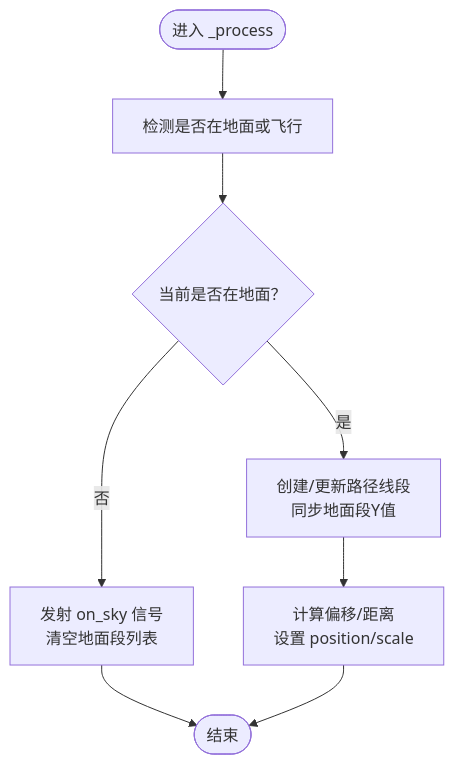
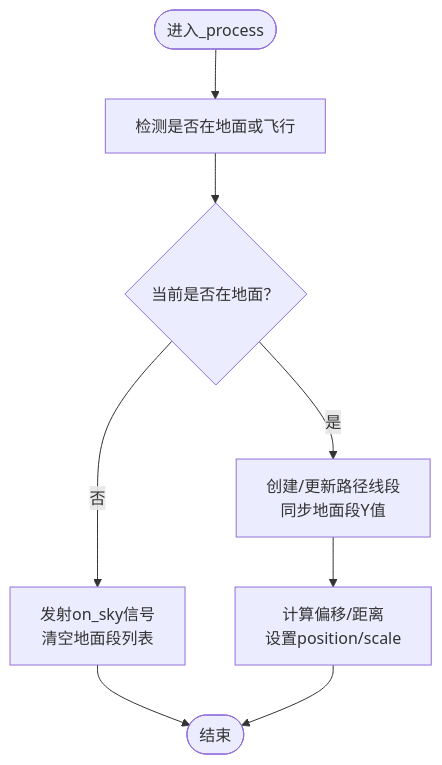
The fourth of 6 diagrams in .qoder/repowiki/zh/content/游戏系统/路径生成系统.md (godotline/godot-line), drawn with Mermaid before and after one commit. The commit also changed other lines of this file and 17 other files, not shown here.

````diff
--- a/.qoder/repowiki/zh/content/游戏系统/路径生成系统.md
+++ b/.qoder/repowiki/zh/content/游戏系统/路径生成系统.md
@@ -192,10 +201,10 @@
 ```mermaid
 flowchart TD
-Start(["进入 _process"]) --> CheckOnFloor["检测是否在地面或飞行"]
+Start(["进入_process"]) --> CheckOnFloor["检测是否在地面或飞行"]
 CheckOnFloor --> IsOnFloorNow{"当前是否在地面？"}
 IsOnFloorNow --> |是| OnFloorLogic["创建/更新路径线段<br/>同步地面段Y值"]
-IsOnFloorNow --> |否| SkyLogic["发射 on_sky 信号<br/>清空地面段列表"]
-OnFloorLogic --> UpdateLine["计算偏移/距离<br/>设置 position/scale"]
+IsOnFloorNow --> |否| SkyLogic["发射on_sky信号<br/>清空地面段列表"]
+OnFloorLogic --> UpdateLine["计算偏移/距离<br/>设置position/scale"]
 SkyLogic --> End(["结束"])
 UpdateLine --> End
 ```
````
